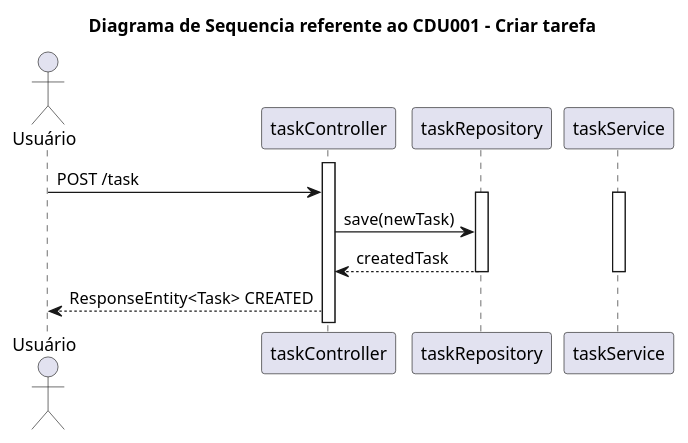
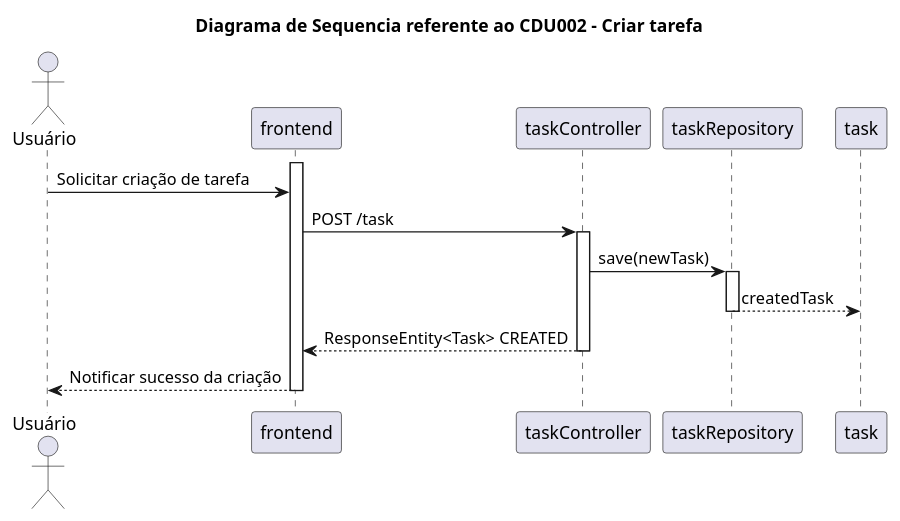
Before and after one commit to ThiagoPerdigao/LabDeSoft-ToDoList: the diagram in c4model/diagramaSequenciaCDU002.puml, drawn with PlantUML. The commit also changed 5 other files, not shown here.

Commit message:
fix cors block + att diagramas

```diff
--- a/c4model/diagramaSequenciaCDU002.puml
+++ b/c4model/diagramaSequenciaCDU002.puml
@@ -1,18 +1,24 @@
 @startuml
-title Diagrama de Sequencia referente ao CDU001 - Criar tarefa
+title Diagrama de Sequencia referente ao CDU002 - Criar tarefa
+
 actor Usuário
+participant frontend
 participant taskController
 participant taskRepository
-participant taskService
+participant task
 
+activate frontend
+Usuário -> frontend: Solicitar criação de tarefa
+frontend -> taskController: POST /task
 activate taskController
+taskController -> taskRepository: save(newTask)
+activate taskRepository
+taskRepository --> task: createdTask
+deactivate taskRepository
+deactivate task
+taskController --> frontend: ResponseEntity<Task> CREATED
+deactivate taskController
+frontend --> Usuário: Notificar sucesso da criação
+deactivate frontend
 
-Usuário -> taskController: POST /task
-activate taskRepository
-activate taskService
-taskController -> taskRepository: save(newTask)
-taskRepository --> taskController: createdTask
-deactivate taskRepository
-deactivate taskService
-taskController --> Usuário: ResponseEntity<Task> CREATED
 @enduml
```
